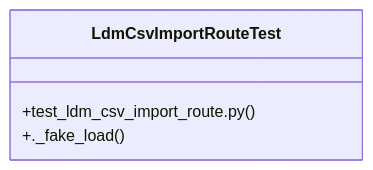
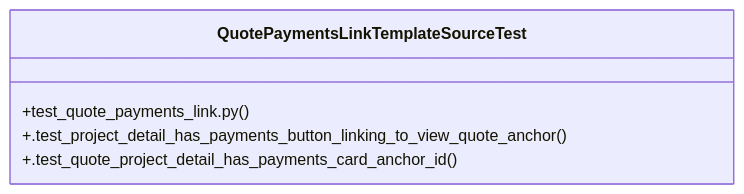
Before and after one commit to Daftrick/ProjectTracker: the diagram in graphify-out/wiki/Community_41.md, drawn with Mermaid. The commit also changed other lines of this file and 522 other files, not shown here.

````diff
--- a/graphify-out/wiki/Community_41.md
+++ b/graphify-out/wiki/Community_41.md
@@ -14,7 +15,8 @@
 ```mermaid
 classDiagram
-    class LdmCsvImportRouteTest {
-        +test_ldm_csv_import_route.py()
-        +._fake_load()
+    class QuotePaymentsLinkTemplateSourceTest {
+        +test_quote_payments_link.py()
+        +.test_project_detail_has_payments_button_linking_to_view_quote_anchor()
+        +.test_quote_project_detail_has_payments_card_anchor_id()
     }
 ```
````
